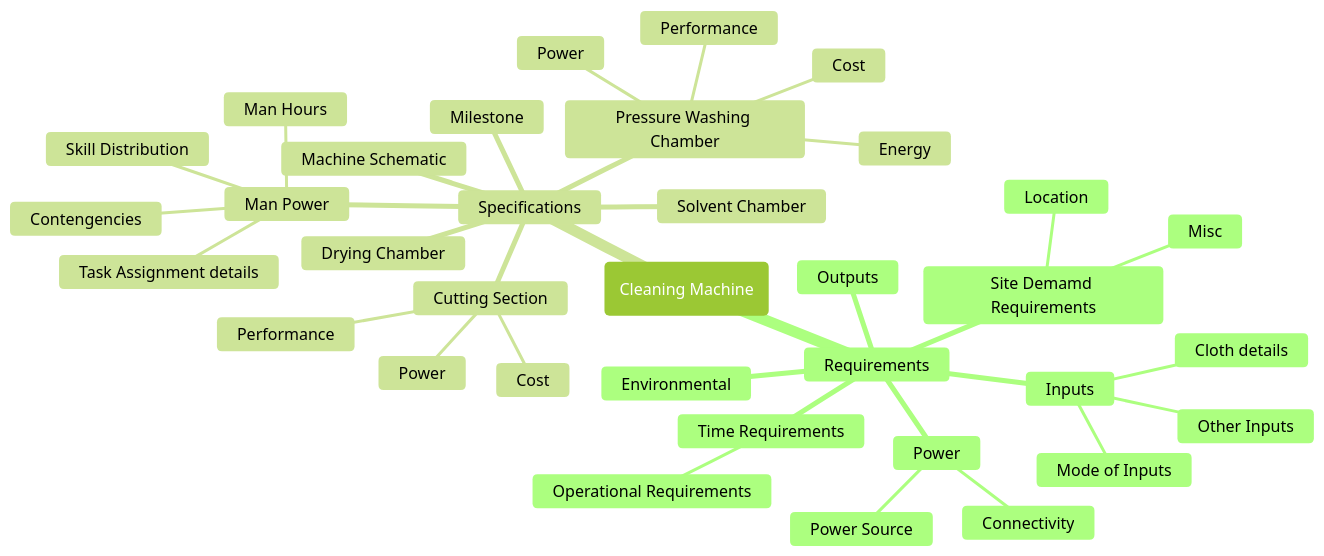
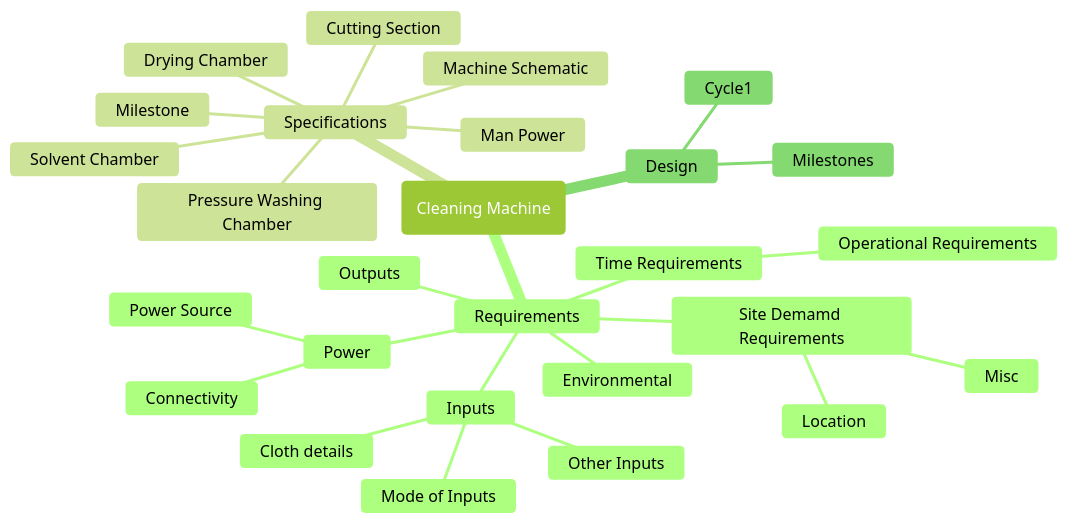
The diagram in test.md (Sno-wd-en/ELP305), drawn with Mermaid (forest theme) before and after one commit.

````diff
--- a/test.md
+++ b/test.md
@@ -3,38 +3,30 @@
 ```mermaid
 mindmap
-  root(Cleaning Machine)
+root(Cleaning Machine)
     Requirements
         Outputs
         Environmental
         Time Requirements
             Operational Requirements
         Site Demamd Requirements
             Location
             Misc
         Power
             Power Source
             Connectivity
         Inputs
             Mode of Inputs
             Other Inputs
             Cloth details
     Specifications
         Pressure Washing Chamber
-            Performance
-            Cost
-            Power
-            Energy
         Man Power
-            Man Hours
-            Task Assignment details
-            Skill Distribution
-            Contengencies
         Solvent Chamber
         Milestone
         Machine Schematic
         Drying Chamber
         Cutting Section
-            Power
-            Performance
-            Cost
+    Design
+        Cycle1
+        Milestones
 ```
````
